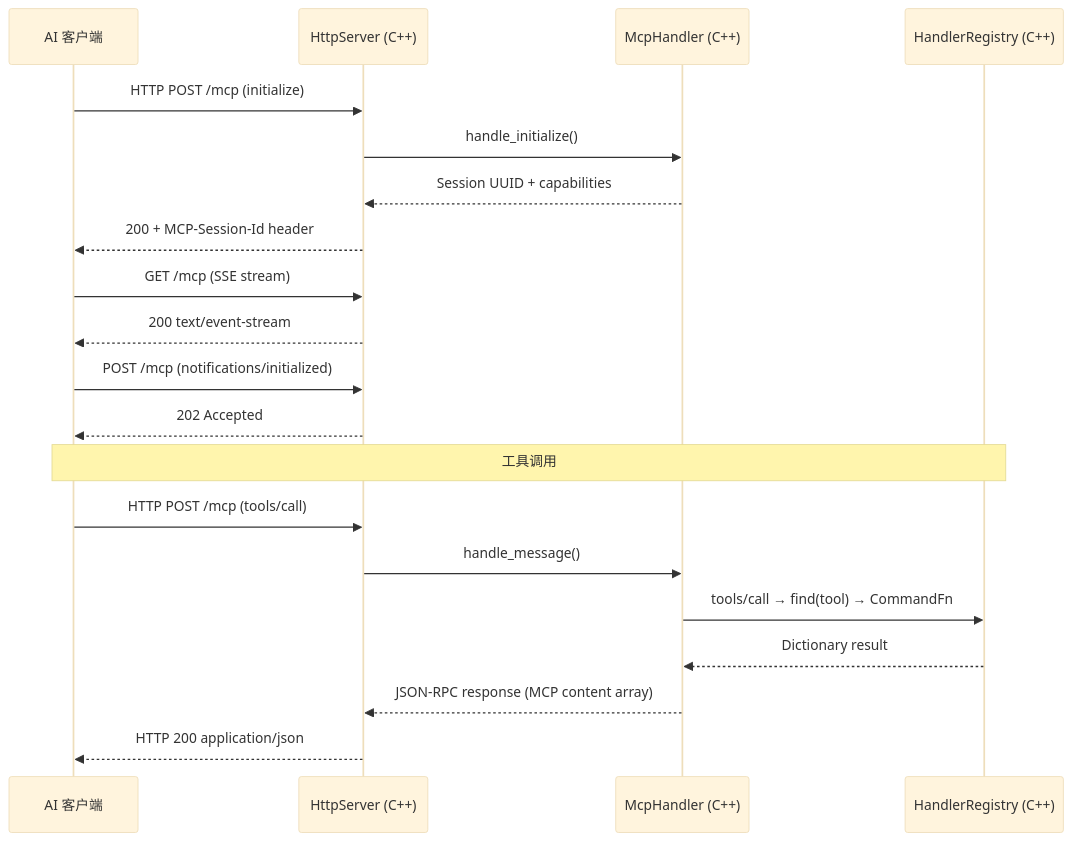
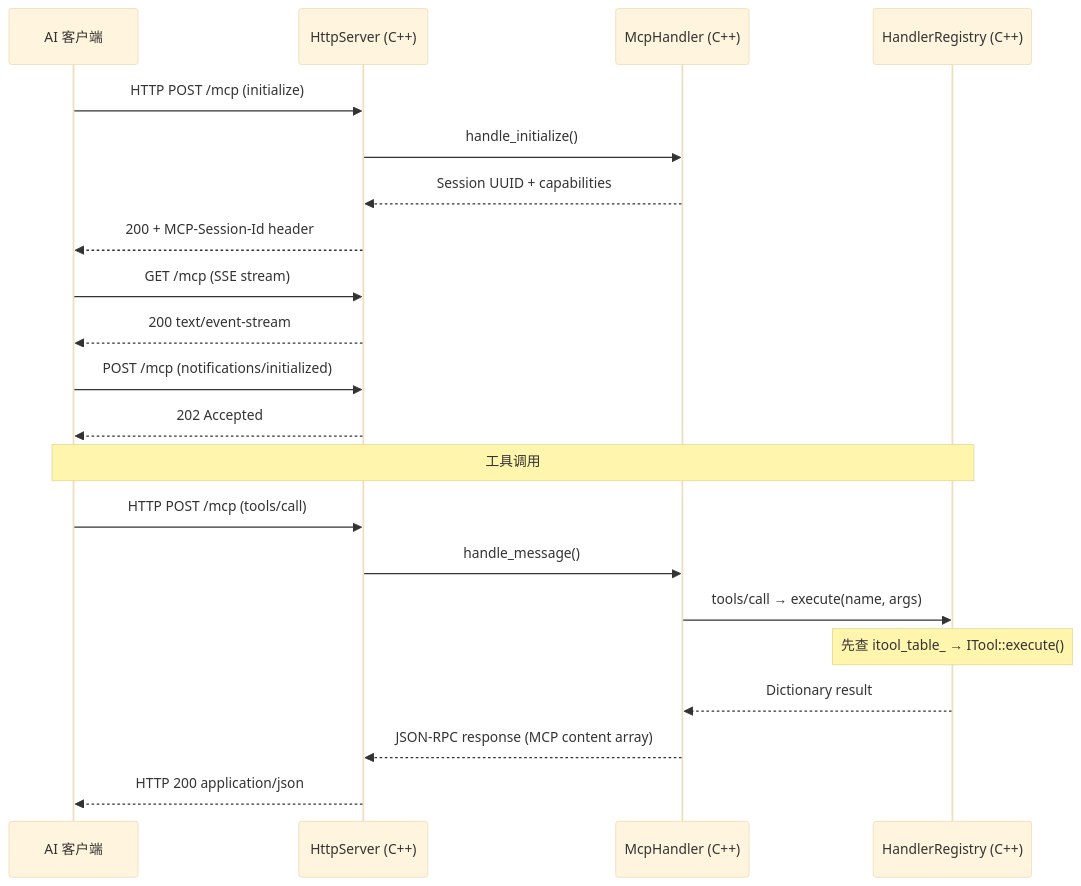
One commit to jesspig/GodotMCP-GDExtension changed the diagram in .repo_wiki/overview/architecture.md. Above: the diagram before and after it, drawn with Mermaid (base theme). The commit also changed other lines of this file and 8 other files, not shown here.

````diff
--- a/.repo_wiki/overview/architecture.md
+++ b/.repo_wiki/overview/architecture.md
@@ -51,27 +52,28 @@
 ```mermaid
 sequenceDiagram
     participant AI as AI 客户端
     participant H as HttpServer (C++)
     participant M as McpHandler (C++)
     participant G as HandlerRegistry (C++)
     
     AI->>H: HTTP POST /mcp (initialize)
     H->>M: handle_initialize()
     M-->>H: Session UUID + capabilities
     H-->>AI: 200 + MCP-Session-Id header
     
     AI->>H: GET /mcp (SSE stream)
     H-->>AI: 200 text/event-stream
     
     AI->>H: POST /mcp (notifications/initialized)
     H-->>AI: 202 Accepted
     
     Note over AI,G: 工具调用
     
     AI->>H: HTTP POST /mcp (tools/call)
     H->>M: handle_message()
-    M->>G: tools/call → find(tool) → CommandFn
+    M->>G: tools/call → execute(name, args)
+    Note over G: 先查 itool_table_ → ITool::execute()
     G-->>M: Dictionary result
     M-->>H: JSON-RPC response (MCP content array)
     H-->>AI: HTTP 200 application/json
 ```
````
